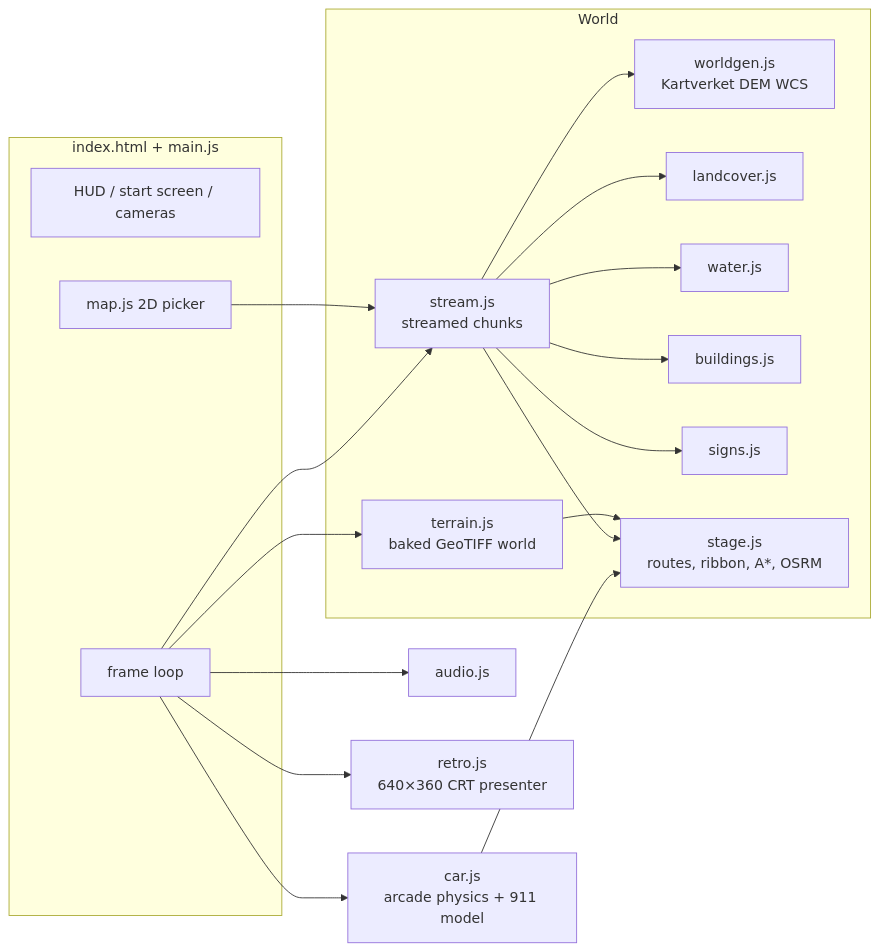
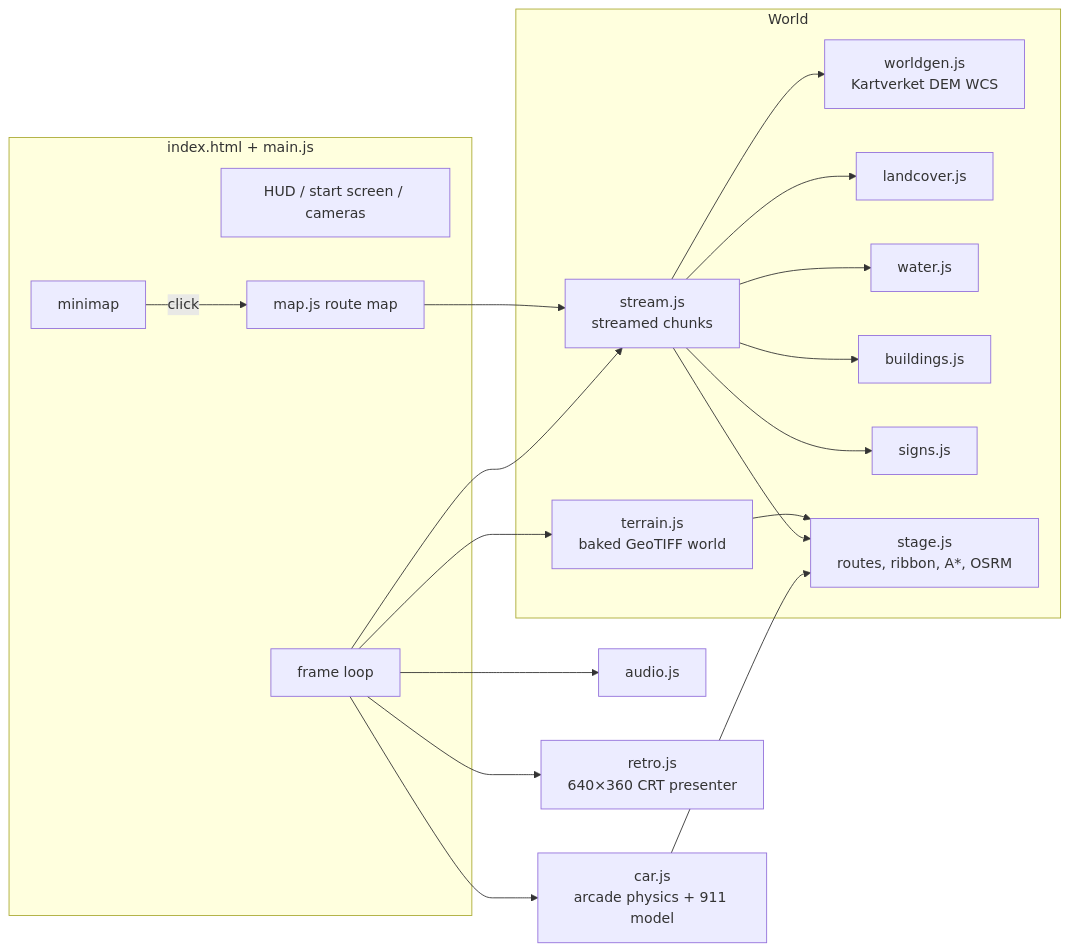
Before and after one commit to FlipTMoan/norwayralley: the first of 3 diagrams in ARCHITECTURE.md, drawn with Mermaid. The commit also changed other lines of this file and 12 other files, not shown here.

First line of the commit message:
UI: one route picker — click the minimap to open the map

````diff
--- a/ARCHITECTURE.md
+++ b/ARCHITECTURE.md
@@ -12,29 +12,29 @@
 ```mermaid
 flowchart LR
   subgraph UI["index.html + main.js"]
     HUD[HUD / start screen / cameras]
     LOOP[frame loop]
-    MAP[map.js 2D picker]
+    MM[minimap] -->|click| MAP[map.js route map]
   end
   subgraph World
     TERRAIN[terrain.js<br/>baked GeoTIFF world]
     STREAM[stream.js<br/>streamed chunks]
     WORLDGEN[worldgen.js<br/>Kartverket DEM WCS]
     LC[landcover.js]
     WATER[water.js]
     BLD[buildings.js]
     SIGNS[signs.js]
     STAGE[stage.js<br/>routes, ribbon, A*, OSRM]
   end
   CAR[car.js<br/>arcade physics + 911 model]
   AUDIO[audio.js]
   RETRO[retro.js<br/>640×360 CRT presenter]
 
   LOOP --> CAR --> STAGE
   LOOP --> STREAM --> WORLDGEN
   STREAM --> LC & WATER & BLD & SIGNS & STAGE
   LOOP --> TERRAIN --> STAGE
   LOOP --> RETRO
   LOOP --> AUDIO
   MAP --> STREAM
 ```
````
